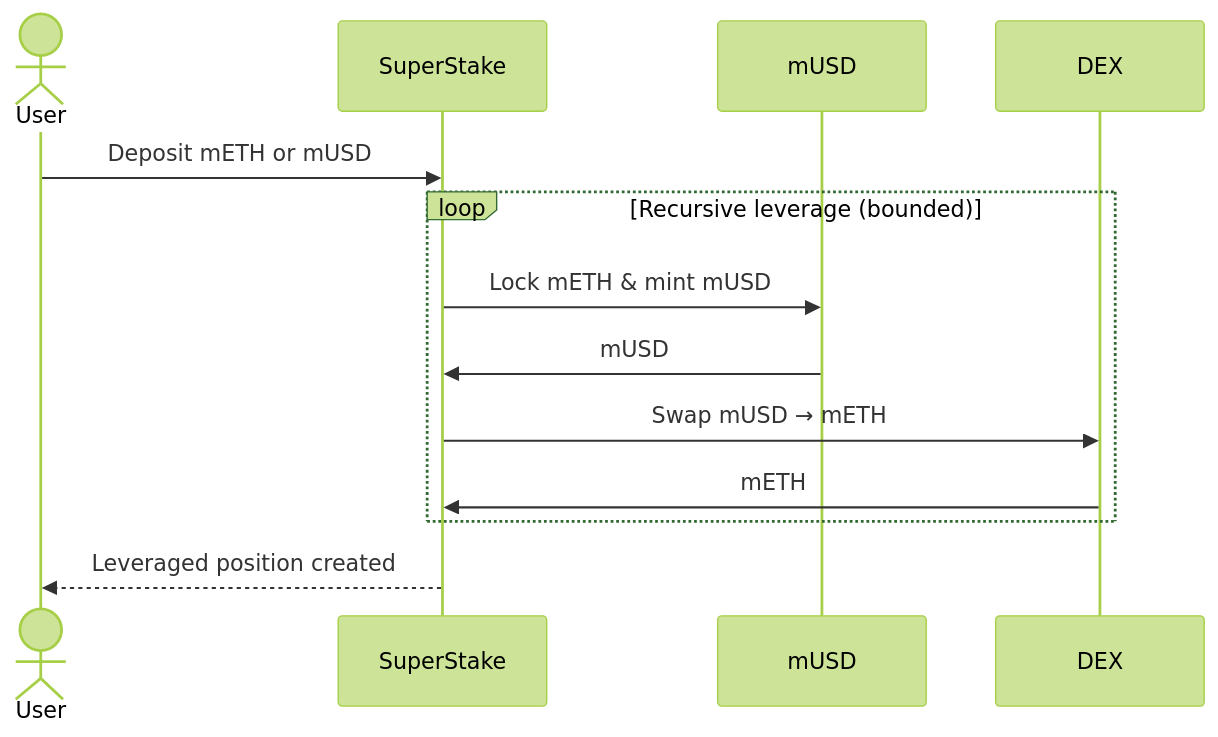
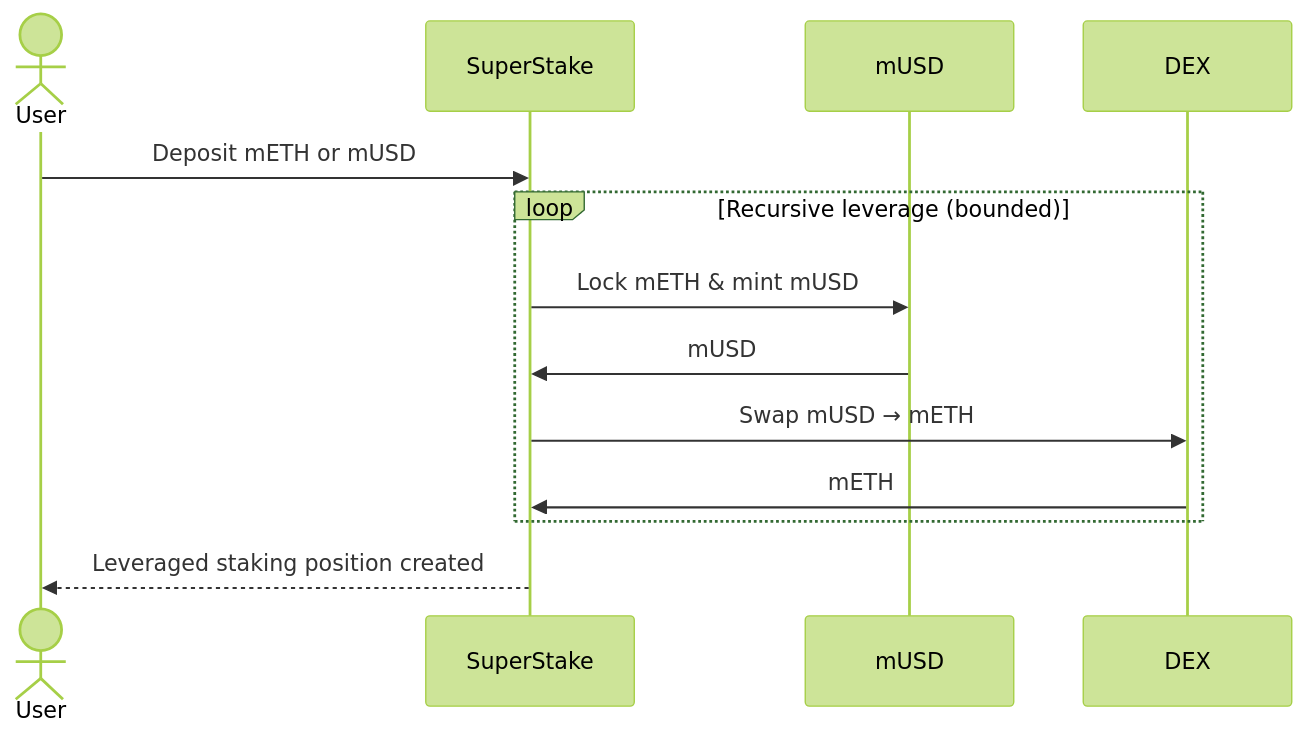
The second of 6 diagrams in README.md (yehia67/mantle-usd), drawn with Mermaid (forest theme) before and after one commit. The commit also changed other lines of this file, not shown here.

````diff
--- a/README.md
+++ b/README.md
@@ -75,18 +108,18 @@
 ```mermaid
 sequenceDiagram
     actor User
     participant SuperStake
     participant mUSD
     participant DEX
 
     User->>SuperStake: Deposit mETH or mUSD
 
     loop Recursive leverage (bounded)
         SuperStake->>mUSD: Lock mETH & mint mUSD
         mUSD->>SuperStake: mUSD
         SuperStake->>DEX: Swap mUSD → mETH
         DEX->>SuperStake: mETH
     end
 
-    SuperStake-->>User: Leveraged position created
+    SuperStake-->>User: Leveraged staking position created
 ```
````
